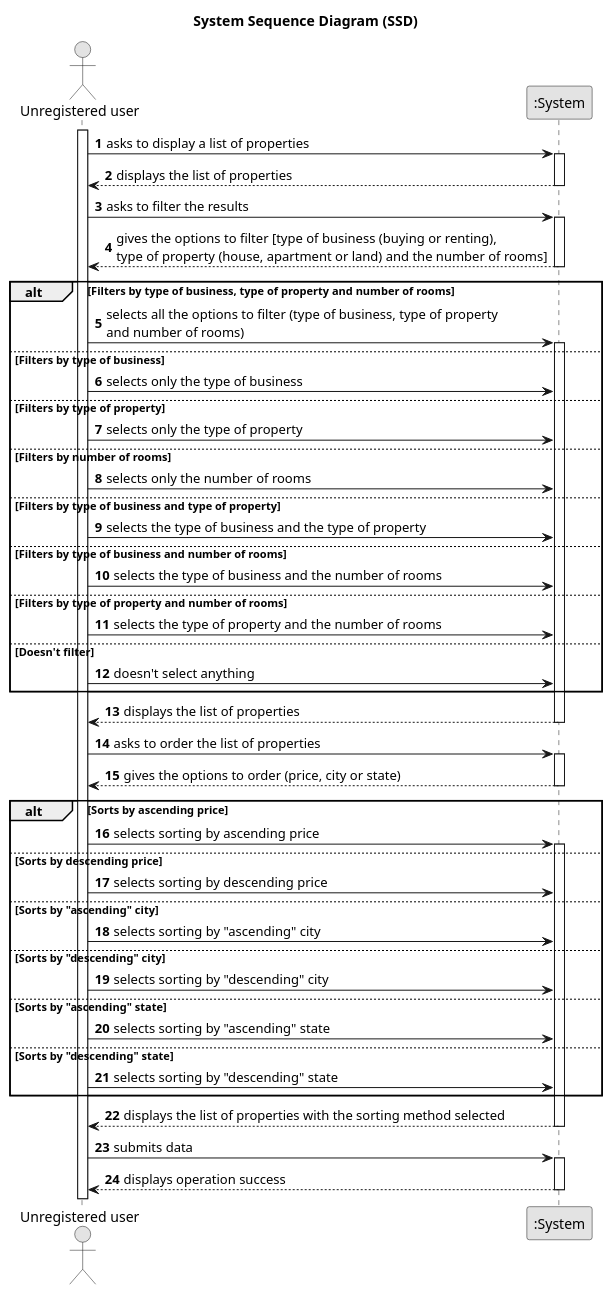
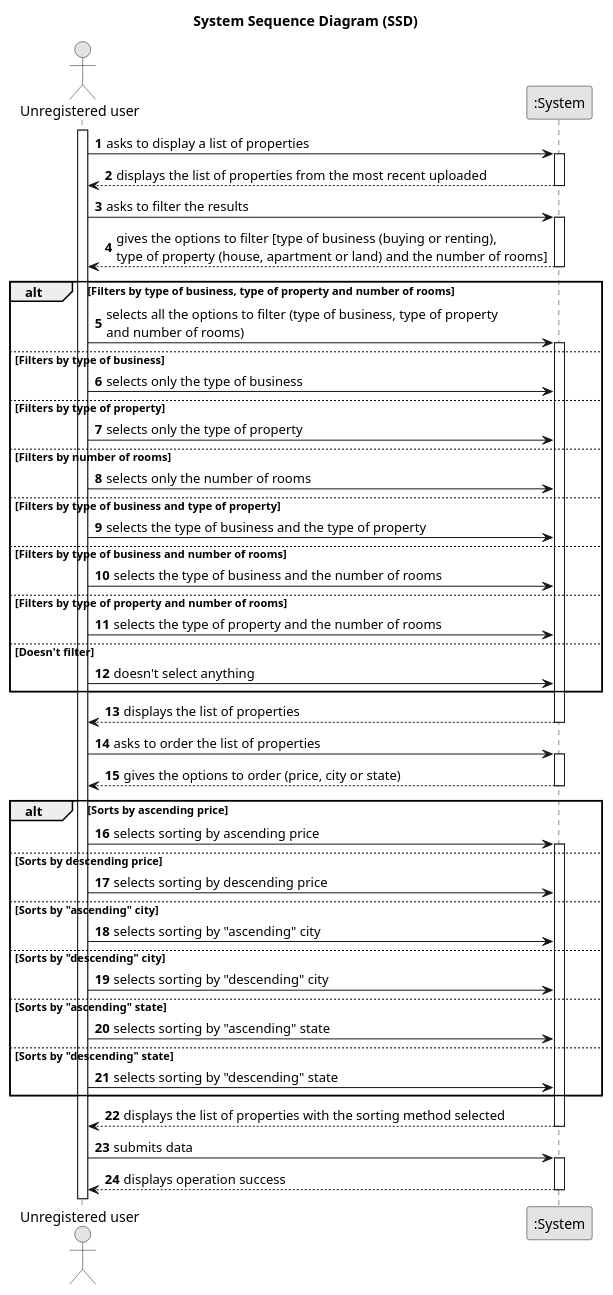
The diagram in docs/sprintB/US01/01.requirements-engineering/puml/us01-system-sequence-diagram.puml (PureNimble/ISEP-LAPR2), drawn with PlantUML before and after one commit. The commit also changed 5 other files, not shown here.

Commit message:
Updated US01 Readme.md & SSD. added 3 alternatives (Complete Procedure, Empty List of Properties and No Filters) and a full one that consists of the 3 alternatives.

```diff
--- a/docs/sprintB/US01/01.requirements-engineering/puml/us01-system-sequence-diagram.puml
+++ b/docs/sprintB/US01/01.requirements-engineering/puml/us01-system-sequence-diagram.puml
@@ -1,108 +1,108 @@
 @startuml
 skinparam monochrome true
 skinparam packageStyle rectangle
 skinparam shadowing false
 
 title System Sequence Diagram (SSD)
 
 autonumber
 
 actor "Unregistered user" as User
 participant ":System" as System
 
 
 activate User
 
     User -> System : asks to display a list of properties
     activate System
 
-    System --> User : displays the list of properties
+    System --> User : displays the list of properties from the most recent uploaded
     deactivate System
 
     User -> System : asks to filter the results
     activate System
 
     System --> User : gives the options to filter [type of business (buying or renting), \ntype of property (house, apartment or land) and the number of rooms]
     deactivate System
 
     alt Filters by type of business, type of property and number of rooms
 
         User -> System : selects all the options to filter (type of business, type of property \nand number of rooms)
         activate System
 
     else Filters by type of business
 
         User -> System : selects only the type of business
 
     else Filters by type of property
 
         User -> System : selects only the type of property
 
     else Filters by number of rooms
 
         User -> System : selects only the number of rooms
 
     else Filters by type of business and type of property
 
         User -> System : selects the type of business and the type of property
 
     else Filters by type of business and number of rooms
 
         User -> System : selects the type of business and the number of rooms
 
     else Filters by type of property and number of rooms
 
         User -> System : selects the type of property and the number of rooms
 
     else Doesn't filter
 
         User -> System : doesn't select anything
 
     end
 
     System --> User : displays the list of properties
     deactivate System
 
     User -> System : asks to order the list of properties
     activate System
 
     System --> User : gives the options to order (price, city or state)
     deactivate System
 
     alt Sorts by ascending price
 
         User -> System : selects sorting by ascending price
         activate System
 
     else Sorts by descending price
 
         User -> System : selects sorting by descending price
 
     else Sorts by "ascending" city
 
         User -> System : selects sorting by "ascending" city
 
     else Sorts by "descending" city
 
         User -> System : selects sorting by "descending" city
 
     else Sorts by "ascending" state
 
         User -> System : selects sorting by "ascending" state
 
     else Sorts by "descending" state
 
         User -> System : selects sorting by "descending" state
 
     end
 
     System --> User : displays the list of properties with the sorting method selected
     deactivate System
 
     User -> System : submits data
     activate System
 
     System --> User : displays operation success
     deactivate System
 
 @enduml
```
